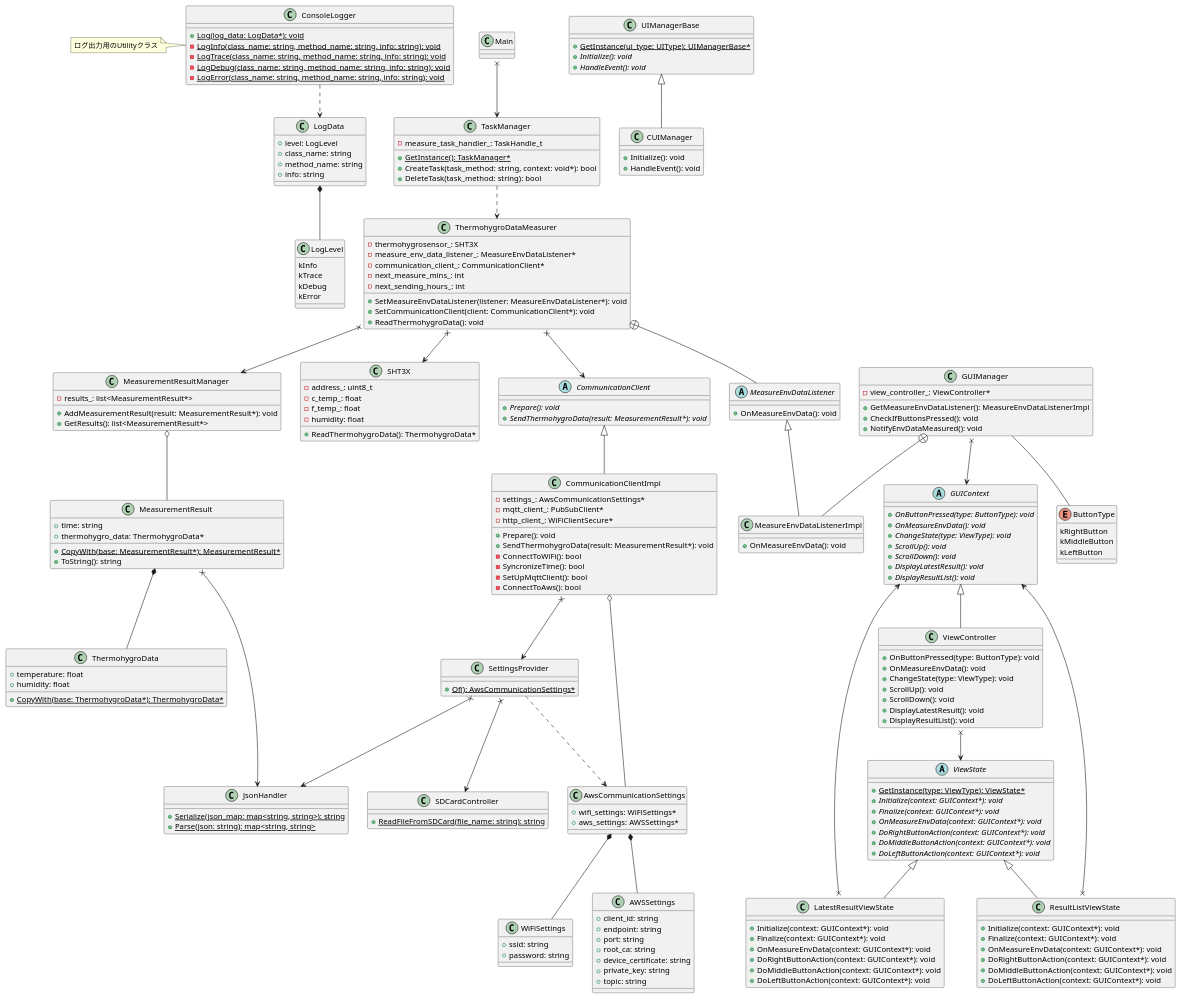
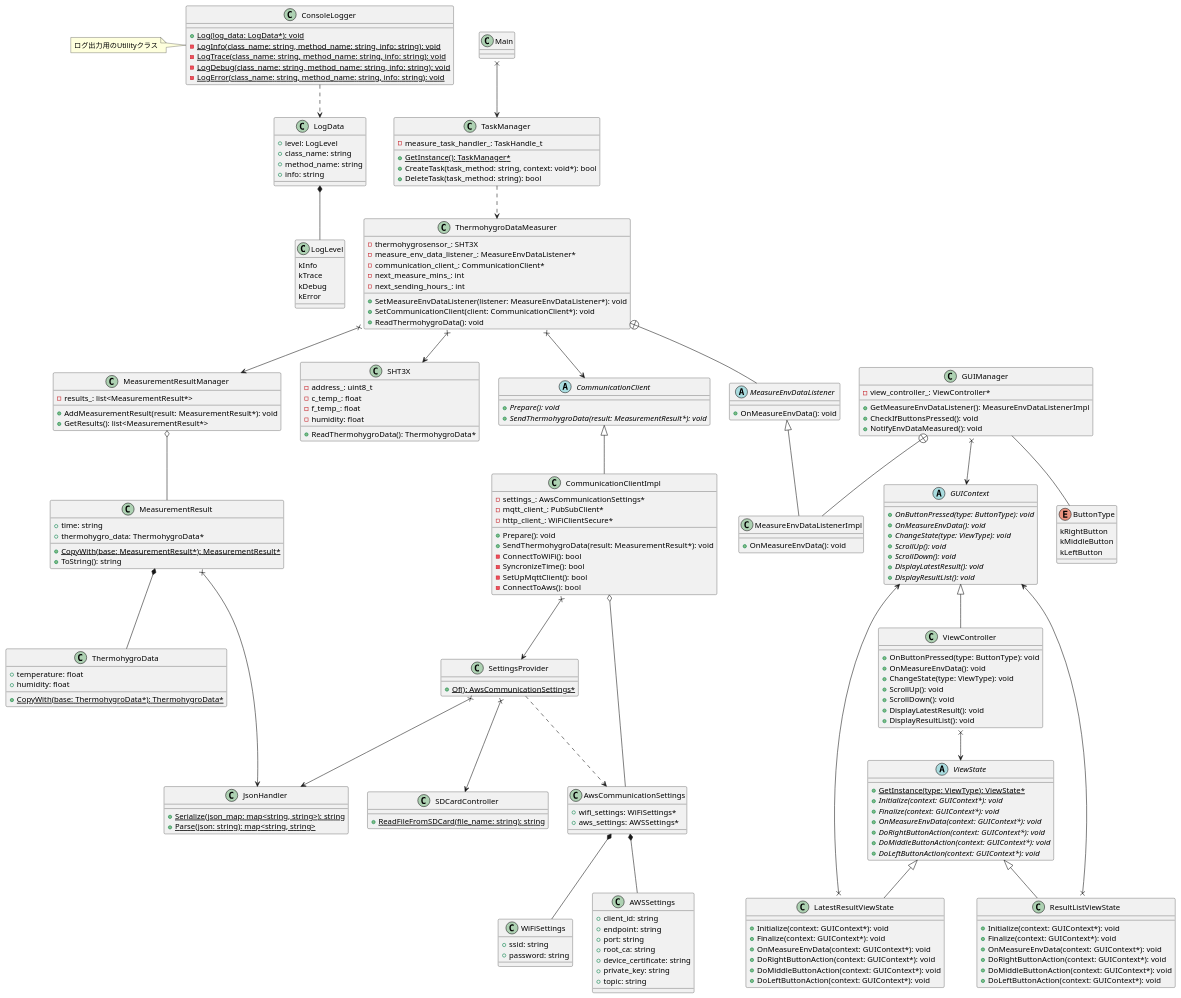
Before and after one commit to chukeblo/thermohygrometer: the diagram in DesignDocs/M5StackThermohygrometer/class_diagram.pu, drawn with PlantUML.

Commit message:
delete UIManagerBase and CUIManager class

```diff
--- a/DesignDocs/M5StackThermohygrometer/class_diagram.pu
+++ b/DesignDocs/M5StackThermohygrometer/class_diagram.pu
@@ -91,19 +91,6 @@
     kTrace
     kDebug
     kError
-}
-
-class UIManagerBase {
-    + {static} GetInstance(ui_type: UIType): UIManagerBase*
-    + {abstract} Initialize(): void
-    + {abstract} HandleEvent(): void
-}
-
-UIManagerBase <|-- CUIManager
-
-class CUIManager {
-    + Initialize(): void
-    + HandleEvent(): void
 }
 
 class GUIManager {
```
